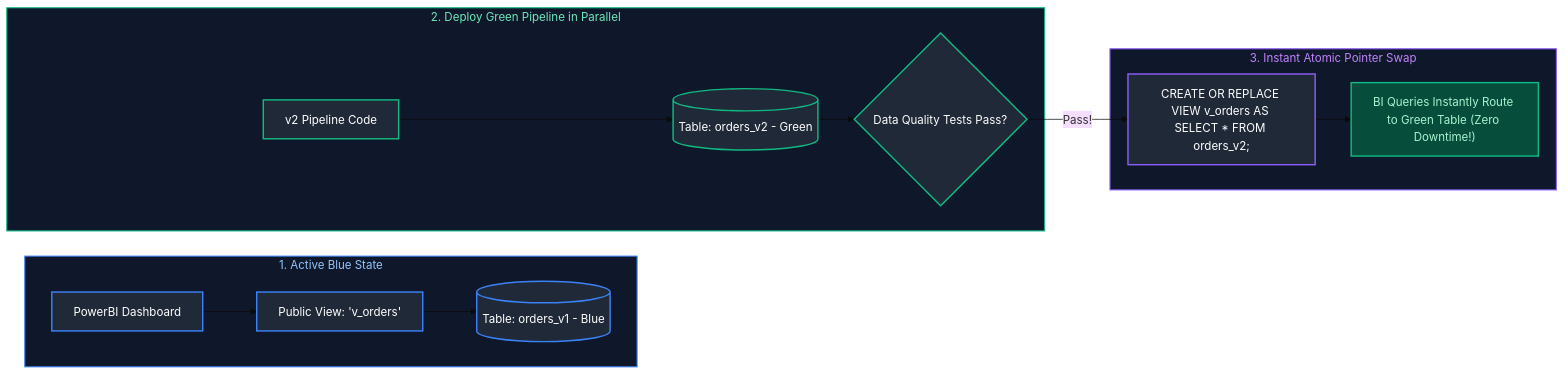
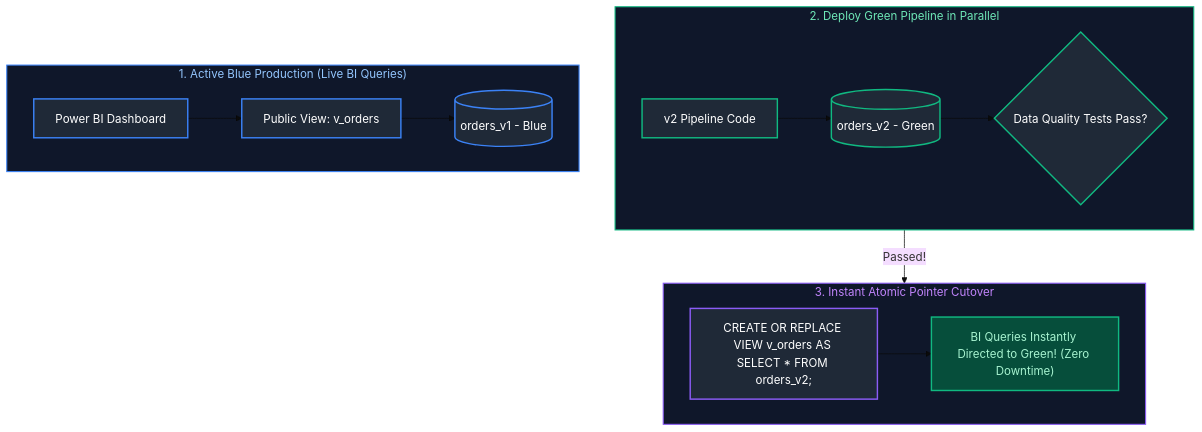
Before and after one commit to joydeep-biswas/Interview-Preparation: the tenth of 10 diagrams in Data Engineering/13_azure_data_engineering_and_devops.md, drawn with Mermaid (base theme). The commit also changed other lines of this file and 143 other files, not shown here.

````diff
--- a/Data Engineering/13_azure_data_engineering_and_devops.md
+++ b/Data Engineering/13_azure_data_engineering_and_devops.md
@@ -1119,31 +1196,32 @@
 ```mermaid
-flowchart LR
-    subgraph ActiveState ["1. Active Blue State"]
+flowchart TD
+    subgraph GreenStaging ["2. Deploy Green Pipeline in Parallel"]
         direction LR
-        BI1[PowerBI Dashboard] --> View1["Public View: 'v_orders'"]
-        View1 --> BlueTable[(Table: orders_v1 - Blue)]
+        NewPipeline[v2 Pipeline Code] --> GreenTable[(orders_v2 - Green)]
+        GreenTable --> DQCheck{"Data Quality Tests Pass?"}
     end
 
-    subgraph GreenDeploy ["2. Deploy Green Pipeline in Parallel"]
-        NewPipeline[v2 Pipeline Code] --> GreenTable[(Table: orders_v2 - Green)]
-        GreenTable --> Tests{"Data Quality Tests Pass?"}
+    subgraph AtomicSwitch ["3. Instant Atomic Pointer Cutover"]
+        direction LR
+        DQCheck -- Passed! --> SwapSQL["CREATE OR REPLACE VIEW v_orders AS SELECT * FROM orders_v2;"]
+        SwapSQL --> SwappedBI["BI Queries Instantly Directed to Green! (Zero Downtime)"]
     end
 
-    subgraph AtomicCutover ["3. Instant Atomic Pointer Swap"]
-        Tests -- Pass! --> Swap["CREATE OR REPLACE VIEW v_orders AS SELECT * FROM orders_v2;"]
-        Swap --> Cutover["BI Queries Instantly Route to Green Table (Zero Downtime!)"]
+    subgraph BlueActive ["1. Active Blue Production (Live BI Queries)"]
+        BI_Live[Power BI Dashboard] --> PublicView["Public View: v_orders"]
+        PublicView --> BlueTable[(orders_v1 - Blue)]
     end
 
-    style ActiveState fill:#0f172a,stroke:#3b82f6,stroke-width:1.5px,color:#93c5fd
-    style GreenDeploy fill:#0f172a,stroke:#10b981,stroke-width:1.5px,color:#6ee7b7
-    style AtomicCutover fill:#0f172a,stroke:#8b5cf6,stroke-width:1.5px,color:#c084fc
+    style BlueActive fill:#0f172a,stroke:#3b82f6,stroke-width:1.5px,color:#93c5fd
+    style GreenStaging fill:#0f172a,stroke:#10b981,stroke-width:1.5px,color:#6ee7b7
+    style AtomicSwitch fill:#0f172a,stroke:#8b5cf6,stroke-width:1.5px,color:#c084fc
 
-    style BI1 fill:#1f2937,stroke:#3b82f6,stroke-width:2px,color:#fff
-    style View1 fill:#1f2937,stroke:#3b82f6,stroke-width:2px,color:#fff
+    style BI_Live fill:#1f2937,stroke:#3b82f6,stroke-width:2px,color:#fff
+    style PublicView fill:#1f2937,stroke:#3b82f6,stroke-width:2px,color:#fff
     style BlueTable fill:#1f2937,stroke:#3b82f6,stroke-width:2px,color:#fff
     style NewPipeline fill:#1f2937,stroke:#10b981,stroke-width:2px,color:#fff
     style GreenTable fill:#1f2937,stroke:#10b981,stroke-width:2px,color:#fff
-    style Tests fill:#1f2937,stroke:#10b981,stroke-width:2px,color:#fff
-    style Swap fill:#1f2937,stroke:#8b5cf6,stroke-width:2px,color:#fff
-    style Cutover fill:#064e3b,stroke:#10b981,stroke-width:2px,color:#a7f3d0
+    style DQCheck fill:#1f2937,stroke:#10b981,stroke-width:2px,color:#fff
+    style SwapSQL fill:#1f2937,stroke:#8b5cf6,stroke-width:2px,color:#fff
+    style SwappedBI fill:#064e3b,stroke:#10b981,stroke-width:2px,color:#a7f3d0
 ```
````
